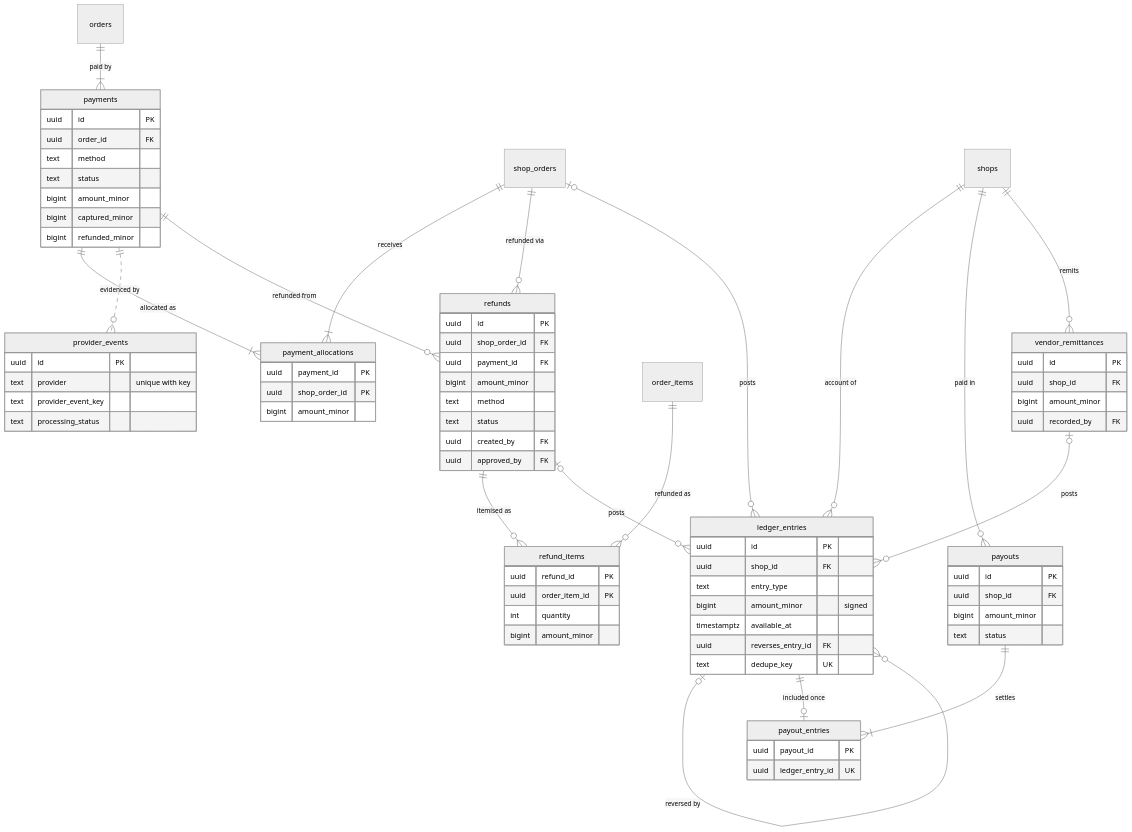
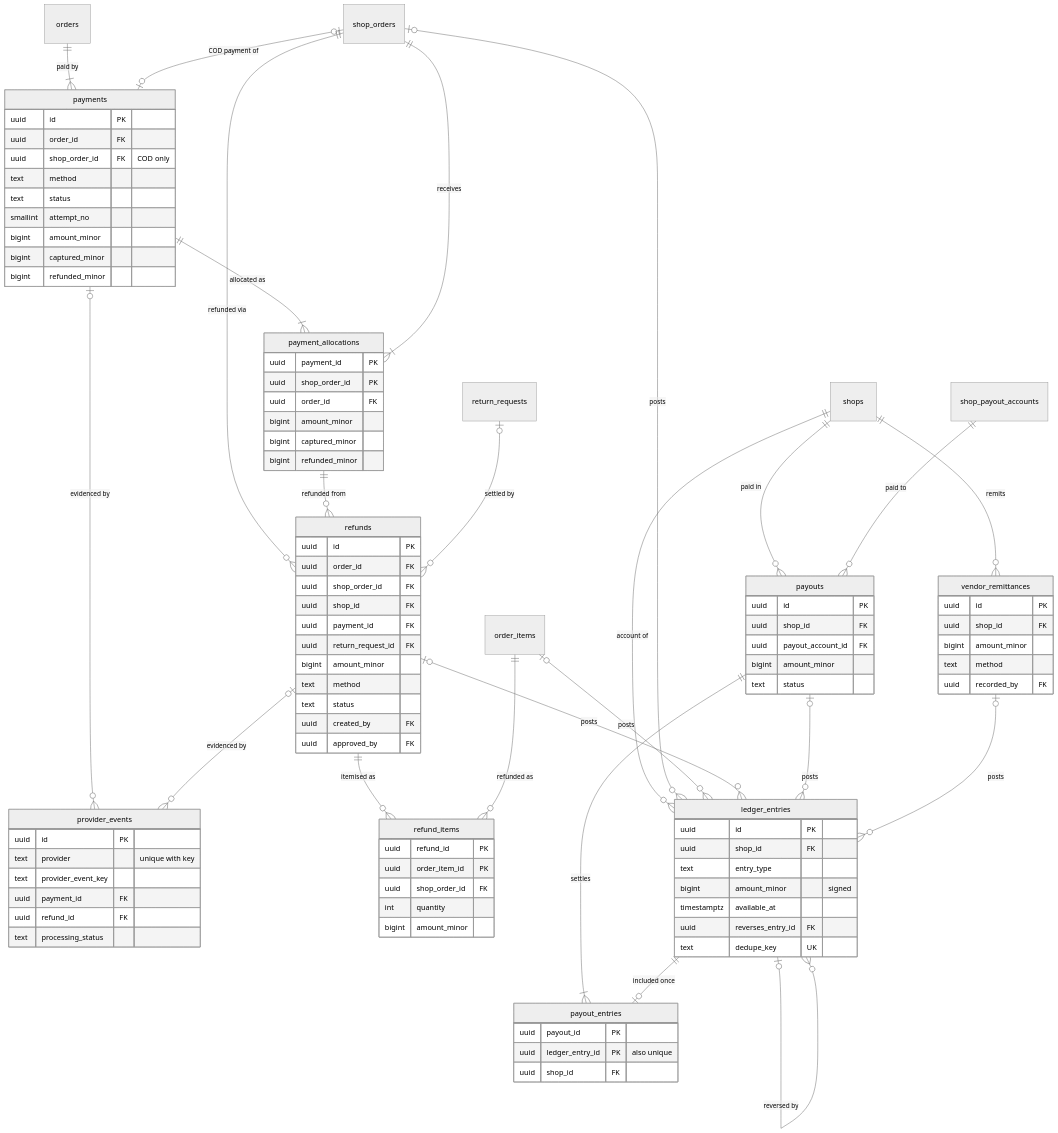
The fifth of 8 diagrams in docs/04-domain-model-and-data-dictionary.md (harublank0-0/drip-nepal), drawn with Mermaid (neutral theme) before and after one commit. The commit also changed other lines of this file, not shown here.

````diff
--- a/docs/04-domain-model-and-data-dictionary.md
+++ b/docs/04-domain-model-and-data-dictionary.md
@@ -871,27 +892,35 @@
 ```mermaid
 erDiagram
   orders ||--|{ payments : "paid by"
+  shop_orders |o--o| payments : "COD payment of"
   payments ||--|{ payment_allocations : "allocated as"
   shop_orders ||--|{ payment_allocations : "receives"
-  payments ||..o{ provider_events : "evidenced by"
+  payments |o--o{ provider_events : "evidenced by"
+  refunds |o--o{ provider_events : "evidenced by"
   shop_orders ||--o{ refunds : "refunded via"
-  payments ||--o{ refunds : "refunded from"
+  payment_allocations ||--o{ refunds : "refunded from"
+  return_requests |o--o{ refunds : "settled by"
   refunds ||--o{ refund_items : "itemised as"
   order_items ||--o{ refund_items : "refunded as"
   shops ||--o{ ledger_entries : "account of"
   shop_orders |o--o{ ledger_entries : "posts"
+  order_items |o--o{ ledger_entries : "posts"
   refunds |o--o{ ledger_entries : "posts"
+  payouts |o--o{ ledger_entries : "posts"
+  vendor_remittances |o--o{ ledger_entries : "posts"
   ledger_entries |o--o{ ledger_entries : "reversed by"
   shops ||--o{ payouts : "paid in"
+  shop_payout_accounts ||--o{ payouts : "paid to"
   payouts ||--|{ payout_entries : "settles"
   ledger_entries ||--o| payout_entries : "included once"
   shops ||--o{ vendor_remittances : "remits"
-  vendor_remittances |o--o{ ledger_entries : "posts"
   payments {
     uuid id PK
     uuid order_id FK
+    uuid shop_order_id FK "COD only"
     text method
     text status
+    smallint attempt_no
     bigint amount_minor
     bigint captured_minor
     bigint refunded_minor
@@ -899,18 +928,26 @@
   payment_allocations {
     uuid payment_id PK
     uuid shop_order_id PK
+    uuid order_id FK
     bigint amount_minor
+    bigint captured_minor
+    bigint refunded_minor
   }
   provider_events {
     uuid id PK
     text provider "unique with key"
     text provider_event_key
+    uuid payment_id FK
+    uuid refund_id FK
     text processing_status
   }
   refunds {
     uuid id PK
+    uuid order_id FK
     uuid shop_order_id FK
+    uuid shop_id FK
     uuid payment_id FK
+    uuid return_request_id FK
     bigint amount_minor
     text method
     text status
@@ -920,6 +957,7 @@
   refund_items {
     uuid refund_id PK
     uuid order_item_id PK
+    uuid shop_order_id FK
     int quantity
     bigint amount_minor
   }
@@ -935,17 +973,20 @@
   payouts {
     uuid id PK
     uuid shop_id FK
+    uuid payout_account_id FK
     bigint amount_minor
     text status
   }
   payout_entries {
     uuid payout_id PK
-    uuid ledger_entry_id UK
+    uuid ledger_entry_id PK "also unique"
+    uuid shop_id FK
   }
   vendor_remittances {
     uuid id PK
     uuid shop_id FK
     bigint amount_minor
+    text method
     uuid recorded_by FK
   }
 ```
````
